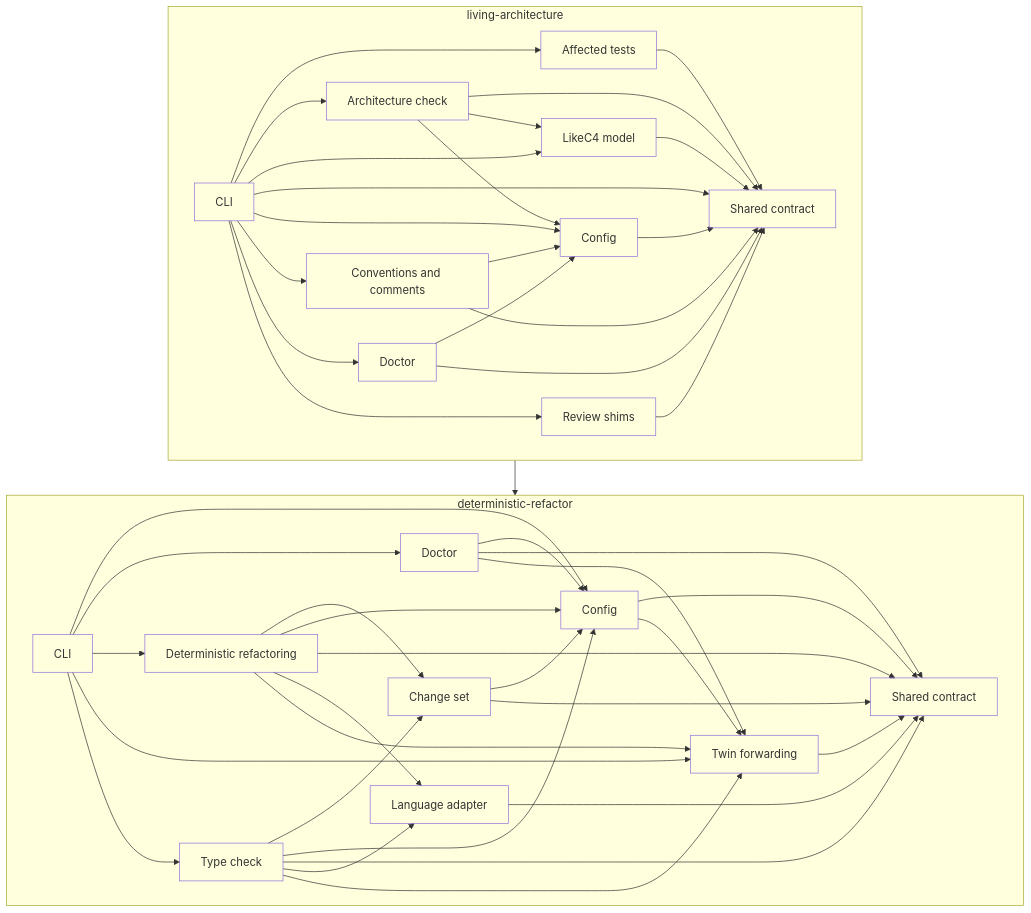
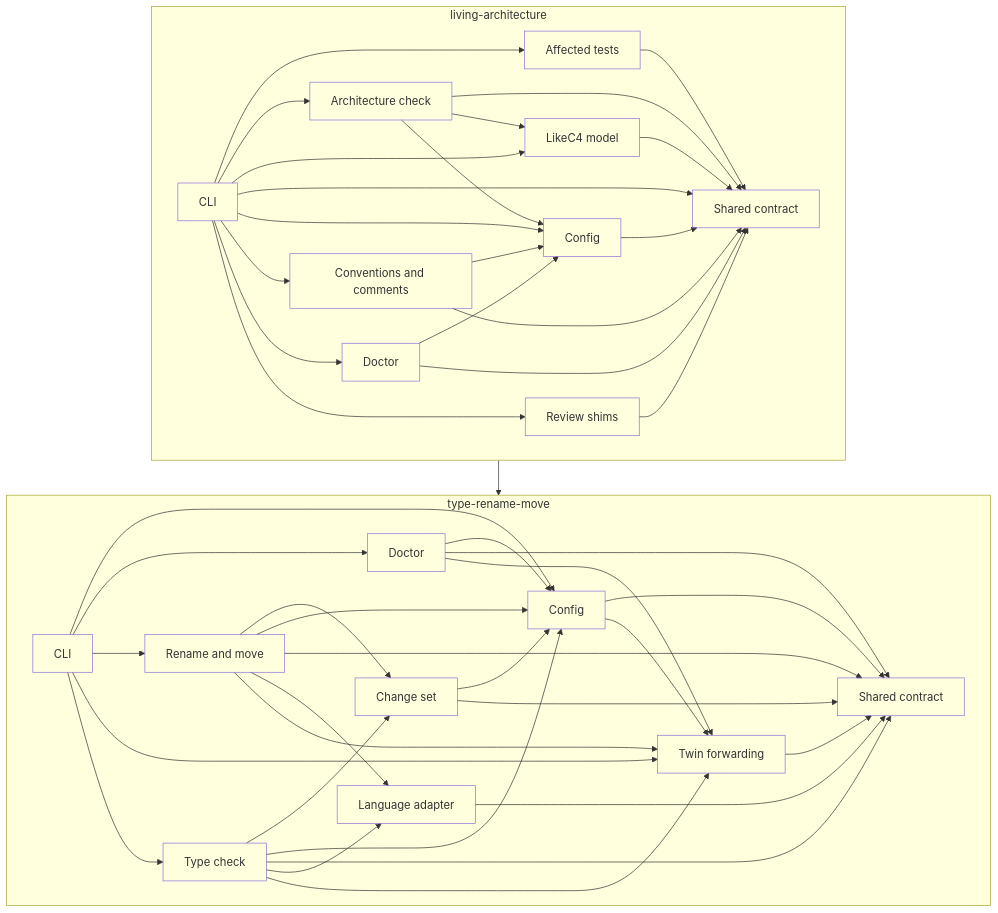
Before and after one commit to MotleyAI/living-architecture: the second of 2 diagrams in architecture/system.arc42.md, drawn with Mermaid. The commit also changed other lines of this file and 263 other files, not shown here.

First line of the commit message:
Rename dr to trmv: packages, commands, plugin, config file, contract and docs

````diff
--- a/architecture/system.arc42.md
+++ b/architecture/system.arc42.md
@@ -90,72 +90,72 @@
 ```mermaid
 flowchart TD
   %% npm: npm twin
-  subgraph dr["deterministic-refactor"]
-    dr__contract["Shared contract"]
-    dr__config["Config"]
-    dr__lang["Language adapter"]
-    dr__twin["Twin forwarding"]
-    dr__changes["Change set"]
-    dr__typecheck["Type check"]
-    dr__refactor["Deterministic refactoring"]
-    dr__doctor["Doctor"]
-    dr__cli["CLI"]
+  subgraph trmv["type-rename-move"]
+    trmv__contract["Shared contract"]
+    trmv__config["Config"]
+    trmv__lang["Language adapter"]
+    trmv__twin["Twin forwarding"]
+    trmv__changes["Change set"]
+    trmv__typecheck["Type check"]
+    trmv__refactor["Rename and move"]
+    trmv__doctor["Doctor"]
+    trmv__cli["CLI"]
   end
   subgraph la["living-architecture"]
     la__contract["Shared contract"]
     la__config["Config"]
     la__cli["CLI"]
     la__c4["LikeC4 model"]
     la__archcheck["Architecture check"]
     la__conventions["Conventions and comments"]
     la__review["Review shims"]
     la__doctor["Doctor"]
     la__affected["Affected tests"]
   end
-  la --> dr
-  dr__changes --> dr__config
-  dr__changes --> dr__contract
-  dr__cli --> dr__config
-  dr__cli --> dr__doctor
-  dr__cli --> dr__refactor
-  dr__cli --> dr__twin
-  dr__cli --> dr__typecheck
-  dr__config --> dr__contract
-  dr__config --> dr__twin
-  dr__doctor --> dr__config
-  dr__doctor --> dr__contract
-  dr__doctor --> dr__twin
-  dr__lang --> dr__contract
-  dr__refactor --> dr__changes
-  dr__refactor --> dr__config
-  dr__refactor --> dr__contract
-  dr__refactor --> dr__lang
-  dr__refactor --> dr__twin
-  dr__twin --> dr__contract
-  dr__typecheck --> dr__changes
-  dr__typecheck --> dr__config
-  dr__typecheck --> dr__contract
-  dr__typecheck --> dr__lang
-  dr__typecheck --> dr__twin
+  la --> trmv
+  trmv__changes --> trmv__config
+  trmv__changes --> trmv__contract
+  trmv__cli --> trmv__config
+  trmv__cli --> trmv__doctor
+  trmv__cli --> trmv__refactor
+  trmv__cli --> trmv__twin
+  trmv__cli --> trmv__typecheck
+  trmv__config --> trmv__contract
+  trmv__config --> trmv__twin
+  trmv__doctor --> trmv__config
+  trmv__doctor --> trmv__contract
+  trmv__doctor --> trmv__twin
+  trmv__lang --> trmv__contract
+  trmv__refactor --> trmv__changes
+  trmv__refactor --> trmv__config
+  trmv__refactor --> trmv__contract
+  trmv__refactor --> trmv__lang
+  trmv__refactor --> trmv__twin
+  trmv__twin --> trmv__contract
+  trmv__typecheck --> trmv__changes
+  trmv__typecheck --> trmv__config
+  trmv__typecheck --> trmv__contract
+  trmv__typecheck --> trmv__lang
+  trmv__typecheck --> trmv__twin
   la__affected --> la__contract
   la__archcheck --> la__c4
   la__archcheck --> la__config
   la__archcheck --> la__contract
   la__c4 --> la__contract
   la__cli --> la__affected
   la__cli --> la__archcheck
   la__cli --> la__c4
   la__cli --> la__config
   la__cli --> la__contract
   la__cli --> la__conventions
   la__cli --> la__doctor
   la__cli --> la__review
   la__config --> la__contract
   la__conventions --> la__config
   la__conventions --> la__contract
   la__doctor --> la__config
   la__doctor --> la__contract
   la__review --> la__contract
   classDef leaf fill:none;
-  class dr__contract,dr__config,dr__lang,dr__twin,dr__changes,dr__typecheck,dr__refactor,dr__doctor,dr__cli,la__contract,la__config,la__cli,la__c4,la__archcheck,la__conventions,la__review,la__doctor,la__affected leaf;
+  class trmv__contract,trmv__config,trmv__lang,trmv__twin,trmv__changes,trmv__typecheck,trmv__refactor,trmv__doctor,trmv__cli,la__contract,la__config,la__cli,la__c4,la__archcheck,la__conventions,la__review,la__doctor,la__affected leaf;
 ```
````
